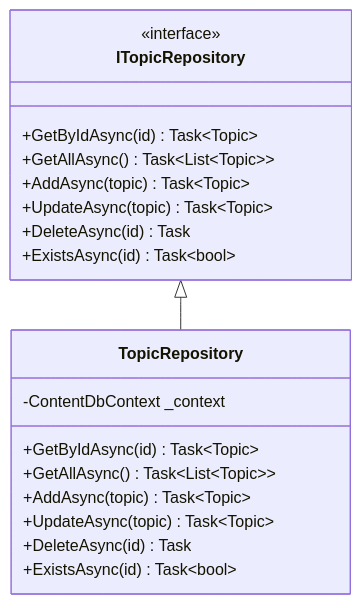
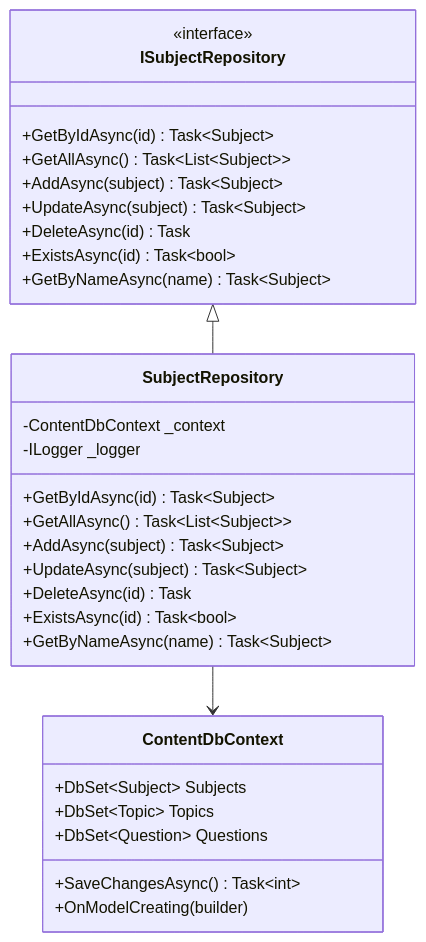
One commit to nirmand/Wisgenix-AI changed the ninth of 13 diagrams in docs/low-level-design.md. Above: the diagram before and after it, drawn with Mermaid. The commit also changed other lines of this file and 3 other files, not shown here.

````diff
--- a/docs/low-level-design.md
+++ b/docs/low-level-design.md
@@ -150,24 +326,36 @@
 ```mermaid
 classDiagram
-    class ITopicRepository {
+    class ISubjectRepository {
         <<interface>>
-        +GetByIdAsync(id) Task~Topic~
-        +GetAllAsync() Task~List~Topic~~
-        +AddAsync(topic) Task~Topic~
-        +UpdateAsync(topic) Task~Topic~
+        +GetByIdAsync(id) Task~Subject~
+        +GetAllAsync() Task~List~Subject~~
+        +AddAsync(subject) Task~Subject~
+        +UpdateAsync(subject) Task~Subject~
         +DeleteAsync(id) Task
         +ExistsAsync(id) Task~bool~
+        +GetByNameAsync(name) Task~Subject~
     }
     
-    class TopicRepository {
+    class SubjectRepository {
         -ContentDbContext _context
-        +GetByIdAsync(id) Task~Topic~
-        +GetAllAsync() Task~List~Topic~~
-        +AddAsync(topic) Task~Topic~
-        +UpdateAsync(topic) Task~Topic~
+        -ILogger _logger
+        +GetByIdAsync(id) Task~Subject~
+        +GetAllAsync() Task~List~Subject~~
+        +AddAsync(subject) Task~Subject~
+        +UpdateAsync(subject) Task~Subject~
         +DeleteAsync(id) Task
         +ExistsAsync(id) Task~bool~
+        +GetByNameAsync(name) Task~Subject~
     }
     
-    ITopicRepository <|-- TopicRepository
+    class ContentDbContext {
+        +DbSet~Subject~ Subjects
+        +DbSet~Topic~ Topics
+        +DbSet~Question~ Questions
+        +SaveChangesAsync() Task~int~
+        +OnModelCreating(builder)
+    }
+    
+    ISubjectRepository <|-- SubjectRepository
+    SubjectRepository --> ContentDbContext
 ```
````
